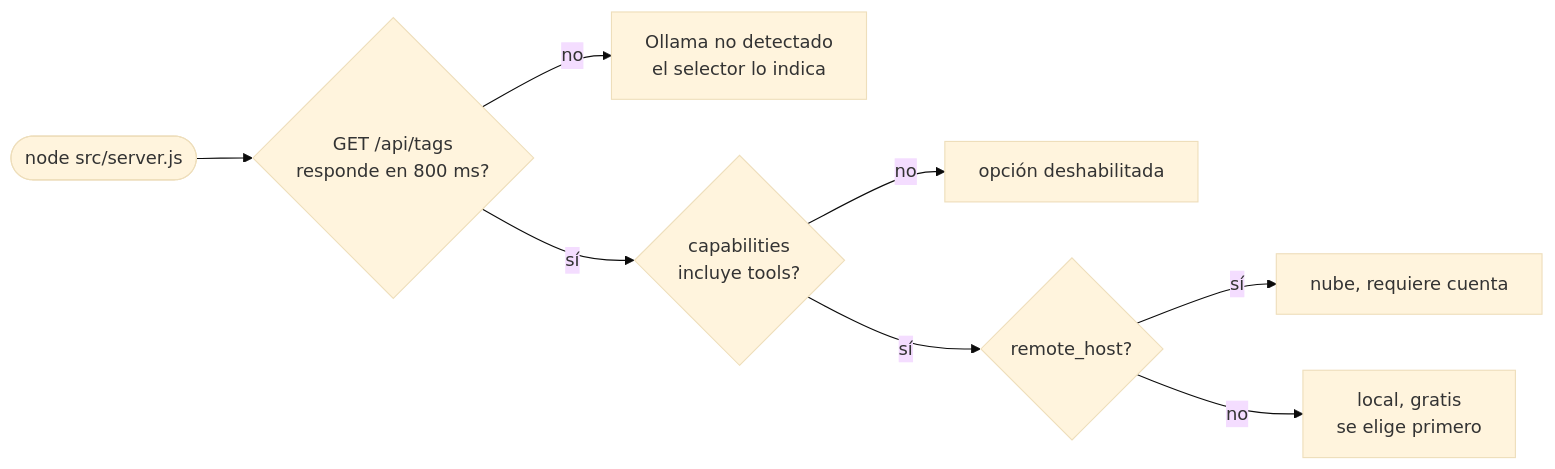
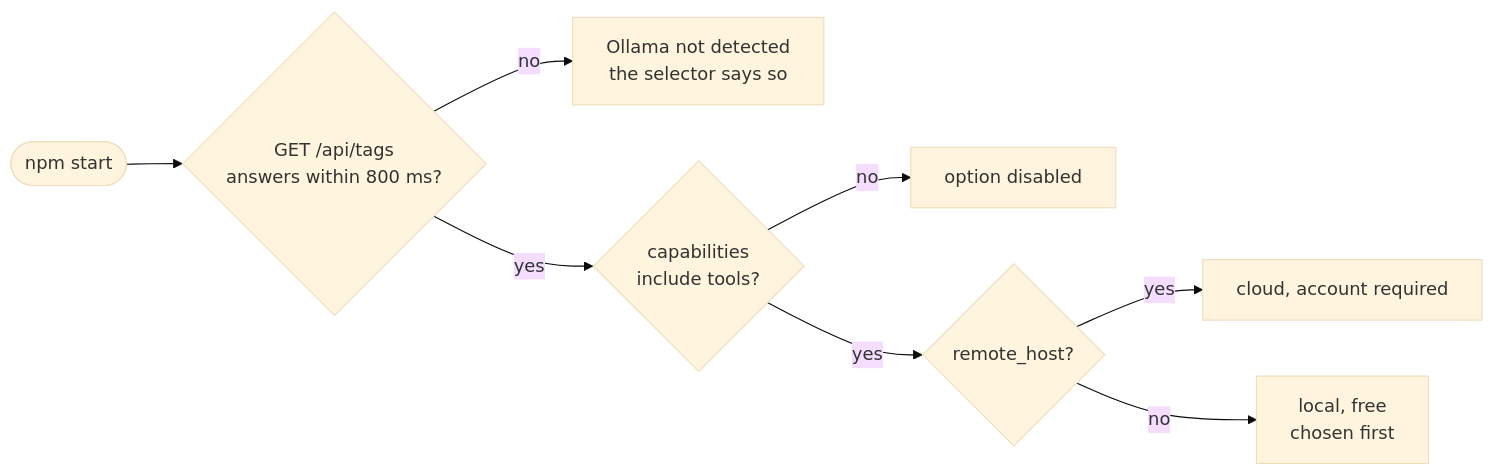
One commit to ada-school/ada-harness changed the seventh of 15 diagrams in README.md. Above: the diagram before and after it, drawn with Mermaid (base theme). The commit also changed other lines of this file and 95 other files, not shown here.

````diff
--- a/README.md
+++ b/README.md
@@ -335,10 +355,10 @@
 ```mermaid
 flowchart LR
-    START(["node src/server.js"]) --> TAGS{"GET /api/tags<br/>responde en 800 ms?"}
-    TAGS -->|no| NO["Ollama no detectado<br/>el selector lo indica"]
-    TAGS -->|sí| CAP{"capabilities<br/>incluye tools?"}
-    CAP -->|no| DIS["opción deshabilitada"]
-    CAP -->|sí| REM{"remote_host?"}
-    REM -->|sí| NUBE["nube, requiere cuenta"]
-    REM -->|no| LOCAL["local, gratis<br/>se elige primero"]
+    START(["npm start"]) --> TAGS{"GET /api/tags<br/>answers within 800 ms?"}
+    TAGS -->|no| NO["Ollama not detected<br/>the selector says so"]
+    TAGS -->|yes| CAP{"capabilities<br/>include tools?"}
+    CAP -->|no| DIS["option disabled"]
+    CAP -->|yes| REM{"remote_host?"}
+    REM -->|yes| NUBE["cloud, account required"]
+    REM -->|no| LOCAL["local, free<br/>chosen first"]
 ```
````
